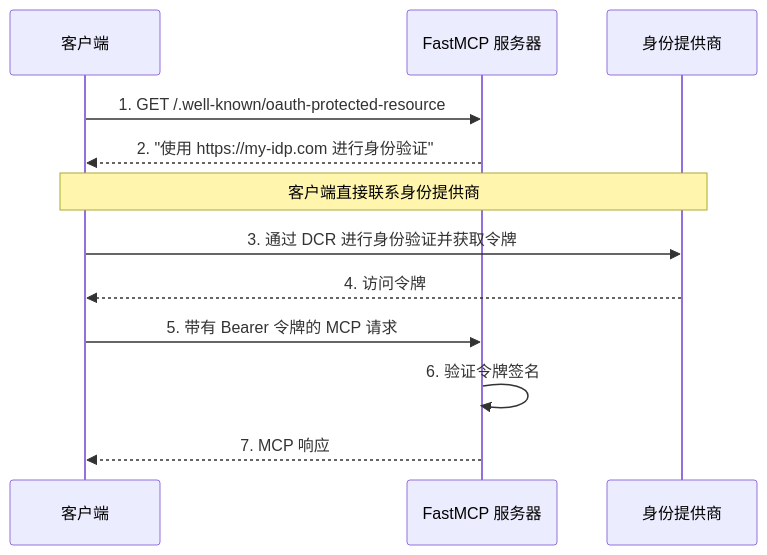
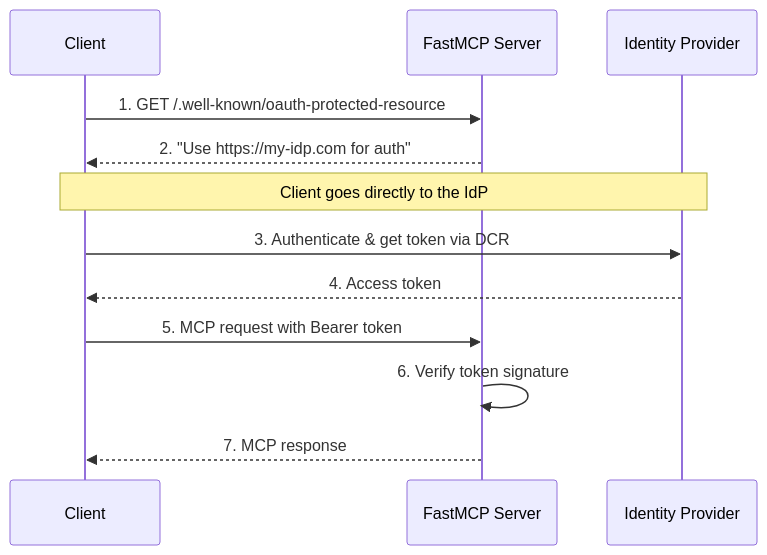
Before and after one commit to Gu-f/FastmcpDocs: the diagram in i18n/zh/servers/auth/remote-oauth.mdx, drawn with Mermaid. The commit also changed other lines of this file and 279 other files, not shown here.

````diff
--- a/i18n/zh/servers/auth/remote-oauth.mdx
+++ b/i18n/zh/servers/auth/remote-oauth.mdx
@@ -59,17 +59,17 @@
 ```mermaid
 sequenceDiagram
-    participant Client as 客户端
-    participant FastMCPServer as FastMCP 服务器
-    participant ExternalIdP as 身份提供商
+    participant Client
+    participant FastMCPServer as FastMCP Server
+    participant ExternalIdP as Identity Provider
 
     Client->>FastMCPServer: 1. GET /.well-known/oauth-protected-resource
-    FastMCPServer-->>Client: 2. "使用 https://my-idp.com 进行身份验证"
-    
-    note over Client, ExternalIdP: 客户端直接联系身份提供商
-    Client->>ExternalIdP: 3. 通过 DCR 进行身份验证并获取令牌
-    ExternalIdP-->>Client: 4. 访问令牌
-    
-    Client->>FastMCPServer: 5. 带有 Bearer 令牌的 MCP 请求
-    FastMCPServer->>FastMCPServer: 6. 验证令牌签名
-    FastMCPServer-->>Client: 7. MCP 响应
+    FastMCPServer-->>Client: 2. "Use https://my-idp.com for auth"
+
+    note over Client, ExternalIdP: Client goes directly to the IdP
+    Client->>ExternalIdP: 3. Authenticate & get token via DCR
+    ExternalIdP-->>Client: 4. Access token
+
+    Client->>FastMCPServer: 5. MCP request with Bearer token
+    FastMCPServer->>FastMCPServer: 6. Verify token signature
+    FastMCPServer-->>Client: 7. MCP response
 ```
````
